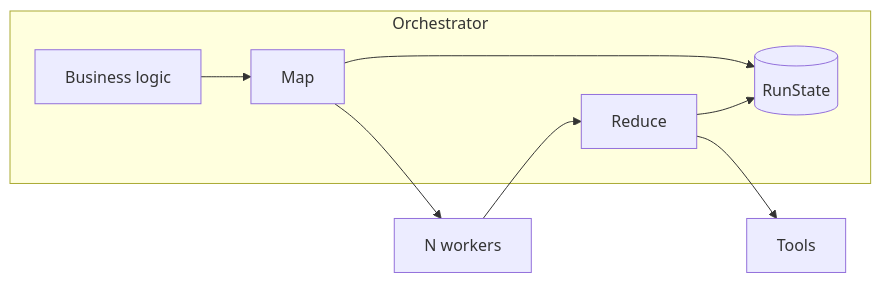
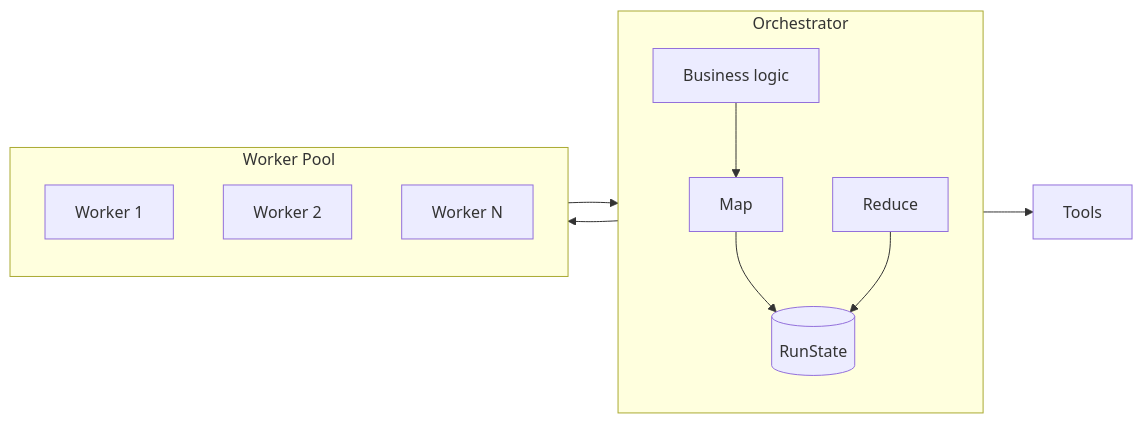
Before and after one commit to nazanindev/lean-agent-loop: the second of 2 diagrams in README.md, drawn with Mermaid. The commit also changed other lines of this file, not shown here.

````diff
--- a/README.md
+++ b/README.md
@@ -81,18 +80,27 @@
 ```mermaid
 flowchart LR
-  subgraph orchTarget [Orchestrator]
+  subgraph orchTarget["Orchestrator"]
+    direction TB
     logic["Business logic"]
     mapStep["Map"]
     state[("RunState")]
     reduceStep["Reduce"]
+
     logic --> mapStep
     mapStep --> state
     reduceStep --> state
   end
-  pool["N workers"]
+
+  subgraph workers["Worker Pool"]
+    direction TB
+    w1["Worker 1"]
+    w2["Worker 2"]
+    wN["Worker N"]
+  end
+
   tooling["Tools"]
 
-  mapStep --> pool
-  pool --> reduceStep
+  mapStep --> workers
+  workers --> reduceStep
   reduceStep --> tooling
 ```
````
